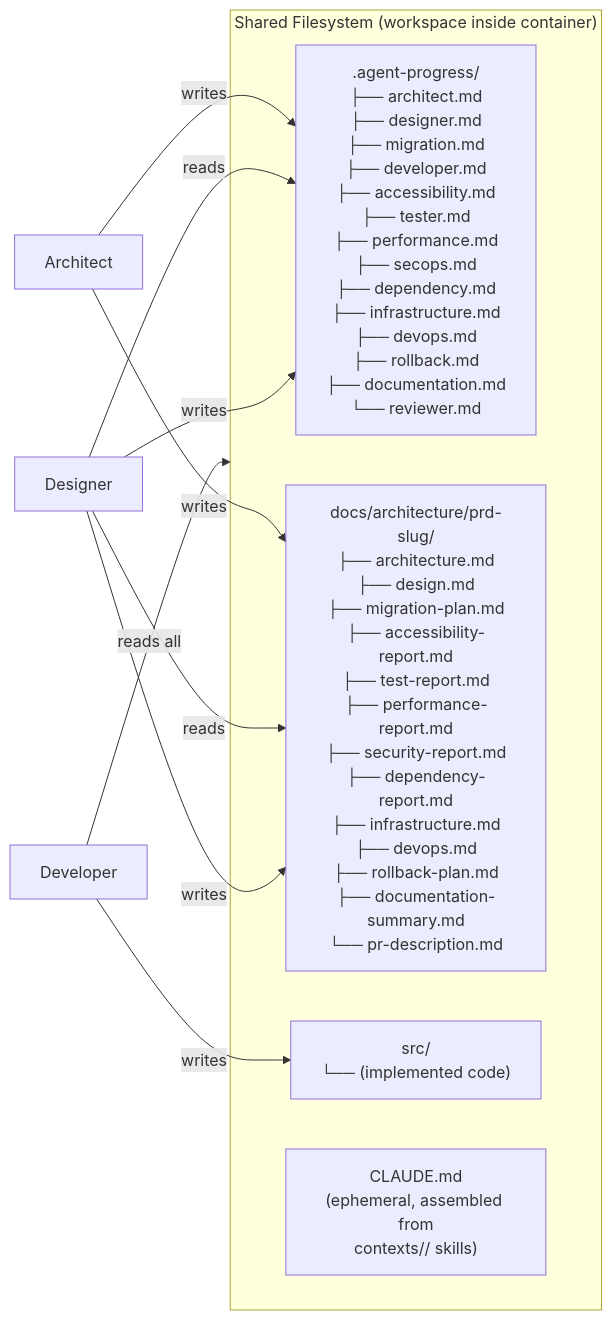
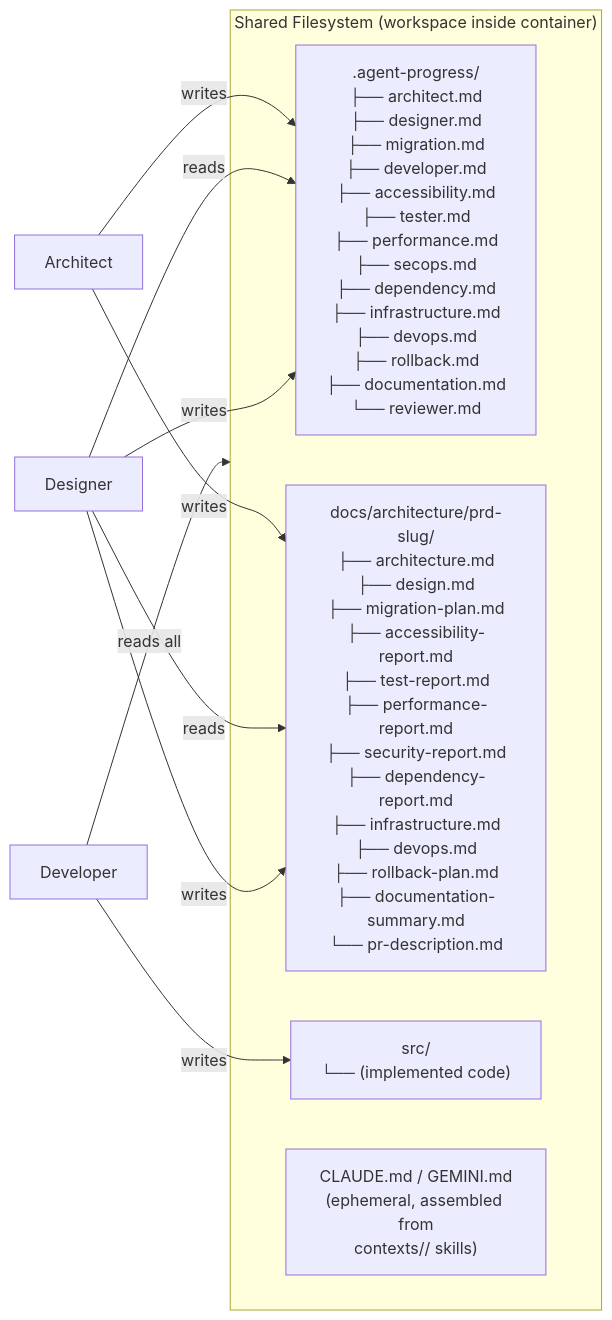
One commit to delehner/coding-agents changed the eighth of 8 diagrams in docs/pipeline-overview.md. Above: the diagram before and after it, drawn with Mermaid. The commit also changed other lines of this file and 22 other files, not shown here.

````diff
--- a/docs/pipeline-overview.md
+++ b/docs/pipeline-overview.md
@@ -335,18 +335,18 @@
 ```mermaid
 flowchart LR
     subgraph Filesystem["Shared Filesystem (workspace inside container)"]
         Progress[".agent-progress/\n├── architect.md\n├── designer.md\n├── migration.md\n├── developer.md\n├── accessibility.md\n├── tester.md\n├── performance.md\n├── secops.md\n├── dependency.md\n├── infrastructure.md\n├── devops.md\n├── rollback.md\n├── documentation.md\n└── reviewer.md"]
         Docs["docs/architecture/prd-slug/\n├── architecture.md\n├── design.md\n├── migration-plan.md\n├── accessibility-report.md\n├── test-report.md\n├── performance-report.md\n├── security-report.md\n├── dependency-report.md\n├── infrastructure.md\n├── devops.md\n├── rollback-plan.md\n├── documentation-summary.md\n└── pr-description.md"]
         Code["src/\n└── (implemented code)"]
-        Context["CLAUDE.md\n(ephemeral, assembled from\ncontexts/<repo>/ skills)"]
+        Context["CLAUDE.md / GEMINI.md\n(ephemeral, assembled from\ncontexts/<repo>/ skills)"]
     end
 
     A1[Architect] -->|writes| Progress
     A1 -->|writes| Docs
     A2[Designer] -->|reads| Progress
     A2 -->|reads| Docs
     A2 -->|writes| Progress
     A2 -->|writes| Docs
     A3[Developer] -->|reads all| Filesystem
     A3 -->|writes| Code
 ```
````
